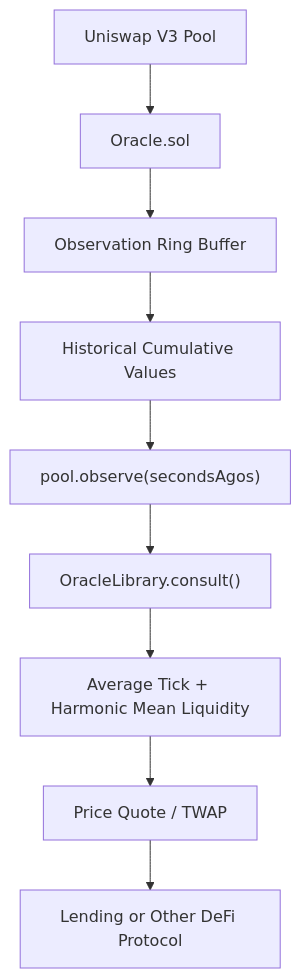
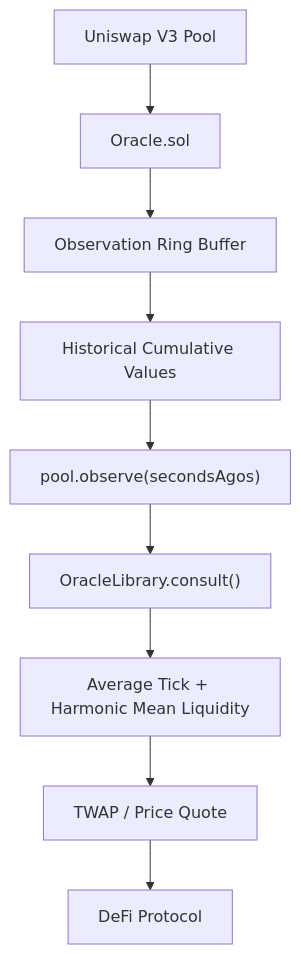
Before and after one commit to pranaykargam/Uni-V3: the diagram in UniswapV3-Mastery/15.Oracle.md, drawn with Mermaid. The commit also changed other lines of this file, not shown here.

````diff
--- a/UniswapV3-Mastery/15.Oracle.md
+++ b/UniswapV3-Mastery/15.Oracle.md
@@ -118,11 +178,11 @@
 ```mermaid
 flowchart TD
     A["Uniswap V3 Pool"] --> B["Oracle.sol"]
     B --> C["Observation Ring Buffer"]
     C --> D["Historical Cumulative Values"]
     D --> E["pool.observe(secondsAgos)"]
     E --> F["OracleLibrary.consult()"]
     F --> G["Average Tick + Harmonic Mean Liquidity"]
-    G --> H["Price Quote / TWAP"]
-    H --> I["Lending or Other DeFi Protocol"]
+    G --> H["TWAP / Price Quote"]
+    H --> I["DeFi Protocol"]
 ```
````
